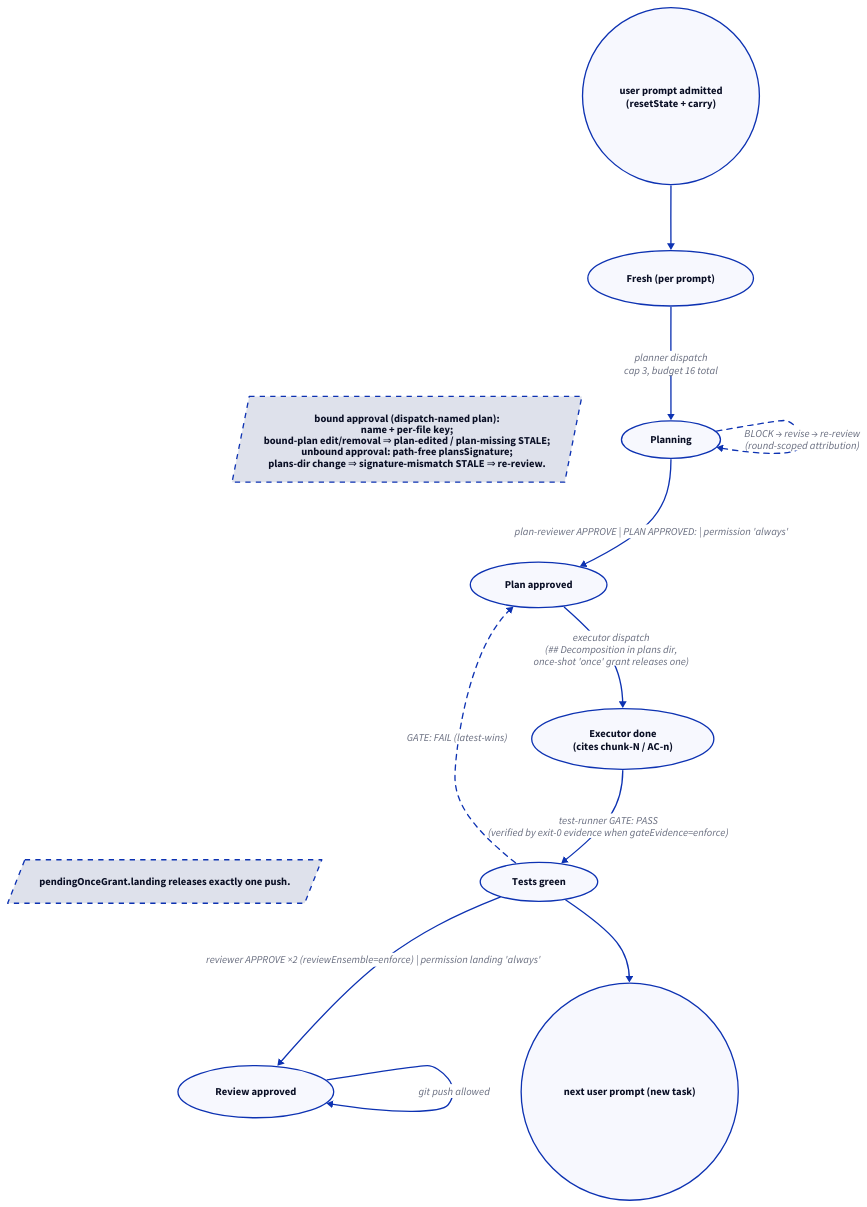
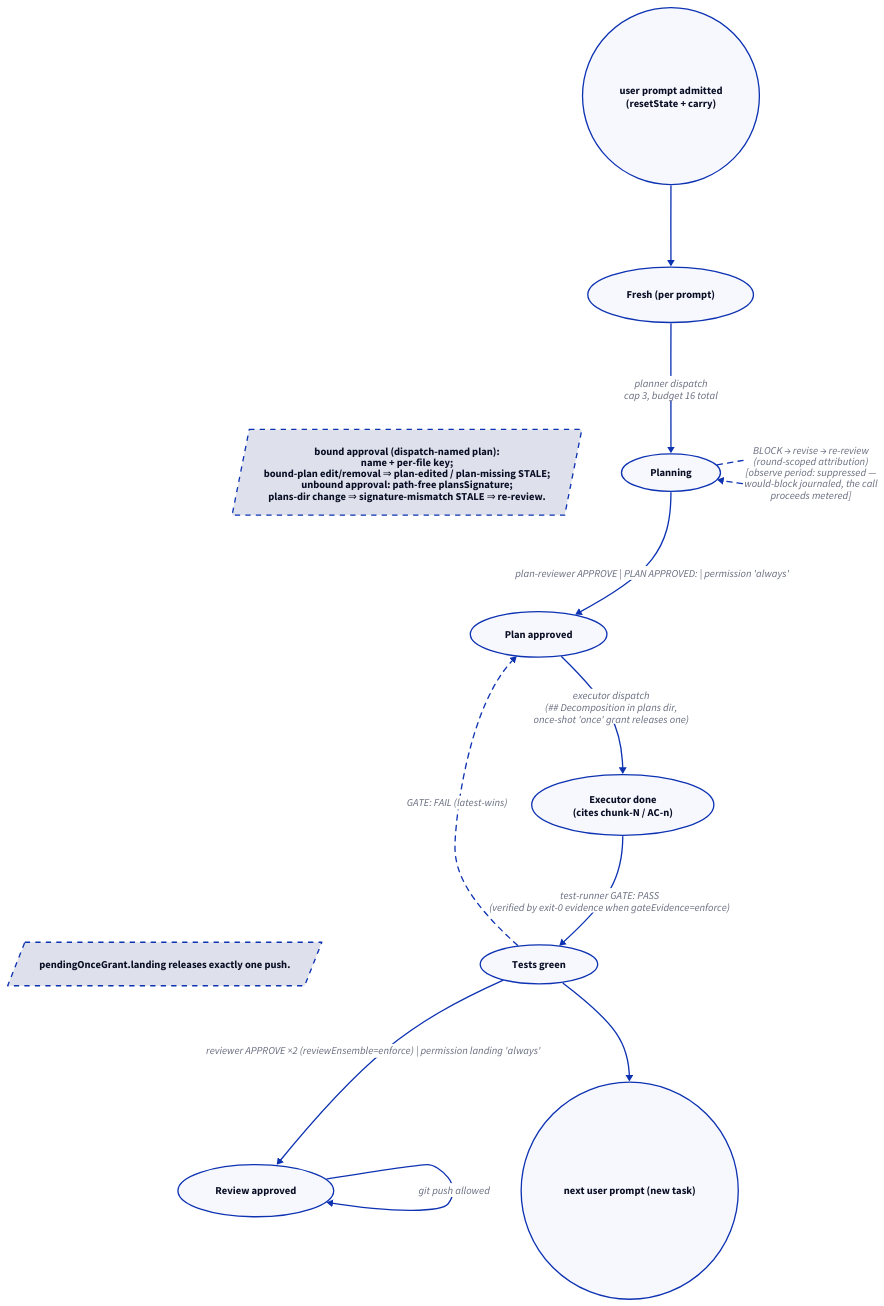
The diagram in docs/diagrams/d04-gate-state.d2 (edseabolt/turnstile), drawn with D2 before and after one commit. The commit also changed 6 other files, not shown here.

```diff
--- a/docs/diagrams/d04-gate-state.d2
+++ b/docs/diagrams/d04-gate-state.d2
@@ -1,57 +1,57 @@
 direction: down
 
 fresh: "Fresh (per prompt)" {
   shape: oval
 }
 planning: "Planning" {
   shape: oval
 }
 planok: "Plan approved" {
   shape: oval
 }
 executor: "Executor done\n(cites chunk-N / AC-n)" {
   shape: oval
 }
 green: "Tests green" {
   shape: oval
 }
 reviewed: "Review approved" {
   shape: oval
 }
 end: "next user prompt (new task)" {
   shape: circle
 }
 
 start: "user prompt admitted\n(resetState + carry)" {
   shape: circle
 }
 
 start -> fresh
 fresh -> planning: "planner dispatch\ncap 3, budget 16 total"
 planning -> planok: "plan-reviewer APPROVE | PLAN APPROVED: | permission 'always'"
-planning -> planning: "BLOCK → revise → re-review\n(round-scoped attribution)" {
+planning -> planning: "BLOCK → revise → re-review\n(round-scoped attribution)\n[observe period: suppressed —\nwould-block journaled, the call\nproceeds metered]" {
   style.stroke-dash: 4
 }
 planok -> executor: "executor dispatch\n(## Decomposition in plans dir,\nonce-shot 'once' grant releases one)"
 executor -> green: "test-runner GATE: PASS\n(verified by exit-0 evidence when gateEvidence=enforce)"
 green -> planok: "GATE: FAIL (latest-wins)" {
   style.stroke-dash: 4
 }
 green -> reviewed: "reviewer APPROVE ×2 (reviewEnsemble=enforce) | permission landing 'always'"
 reviewed -> reviewed: "git push allowed"
 green -> end
 
 planok-note: "bound approval (dispatch-named plan):\nname + per-file key;\nbound-plan edit/removal ⇒ plan-edited / plan-missing STALE;\nunbound approval: path-free plansSignature;\nplans-dir change ⇒ signature-mismatch STALE ⇒ re-review." {
   style.stroke-dash: 4
   shape: parallelogram
 }
 reviewed-note: "pendingOnceGrant.landing releases exactly one push." {
   style.stroke-dash: 4
   shape: parallelogram
 }
 planok-note -> planok: "" {
   style.opacity: 0
 }
 reviewed-note -> reviewed: "" {
   style.opacity: 0
 }
```
